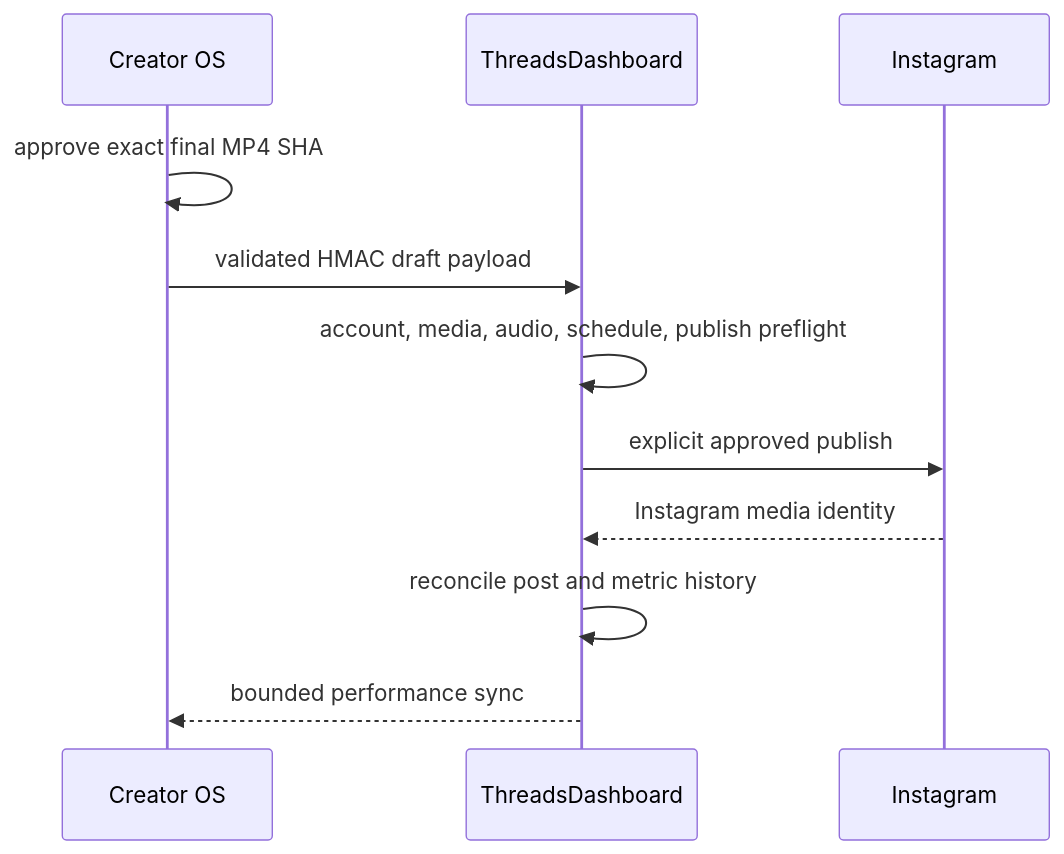
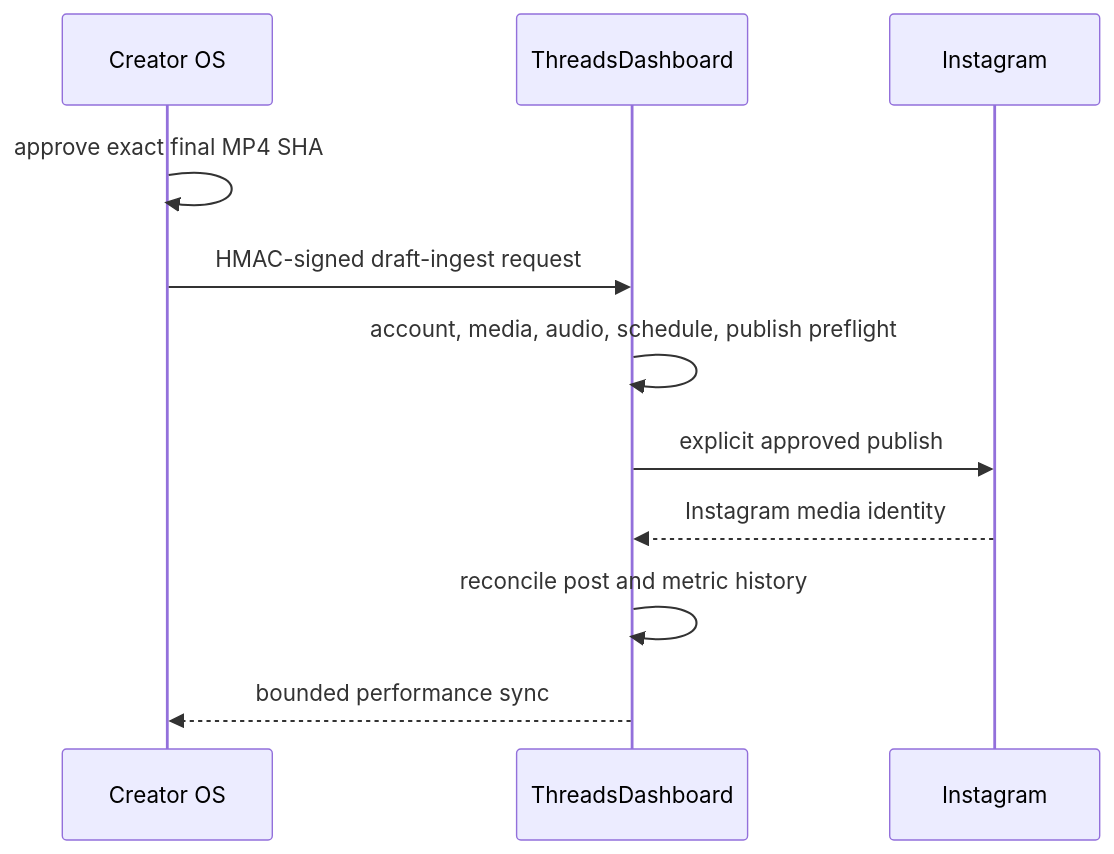
The second of 3 diagrams in CREATOR_OS_SYSTEM_MAP.md (adersouza/creator-os), drawn with Mermaid before and after one commit. The commit also changed other lines of this file and 137 other files, not shown here.

````diff
--- a/CREATOR_OS_SYSTEM_MAP.md
+++ b/CREATOR_OS_SYSTEM_MAP.md
@@ -700,14 +813,14 @@
 ```mermaid
 sequenceDiagram
     participant C as Creator OS
     participant T as ThreadsDashboard
     participant I as Instagram
 
     C->>C: approve exact final MP4 SHA
-    C->>T: validated HMAC draft payload
+    C->>T: HMAC-signed draft-ingest request
     T->>T: account, media, audio, schedule, publish preflight
     T->>I: explicit approved publish
     I-->>T: Instagram media identity
     T->>T: reconcile post and metric history
     T-->>C: bounded performance sync
 ```
````
